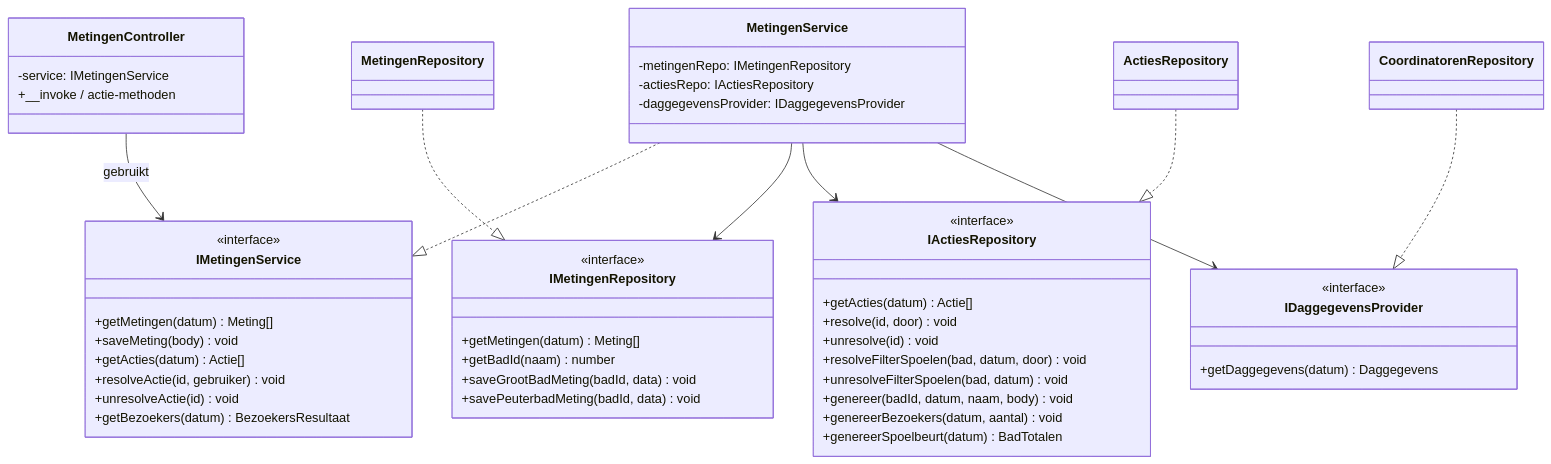
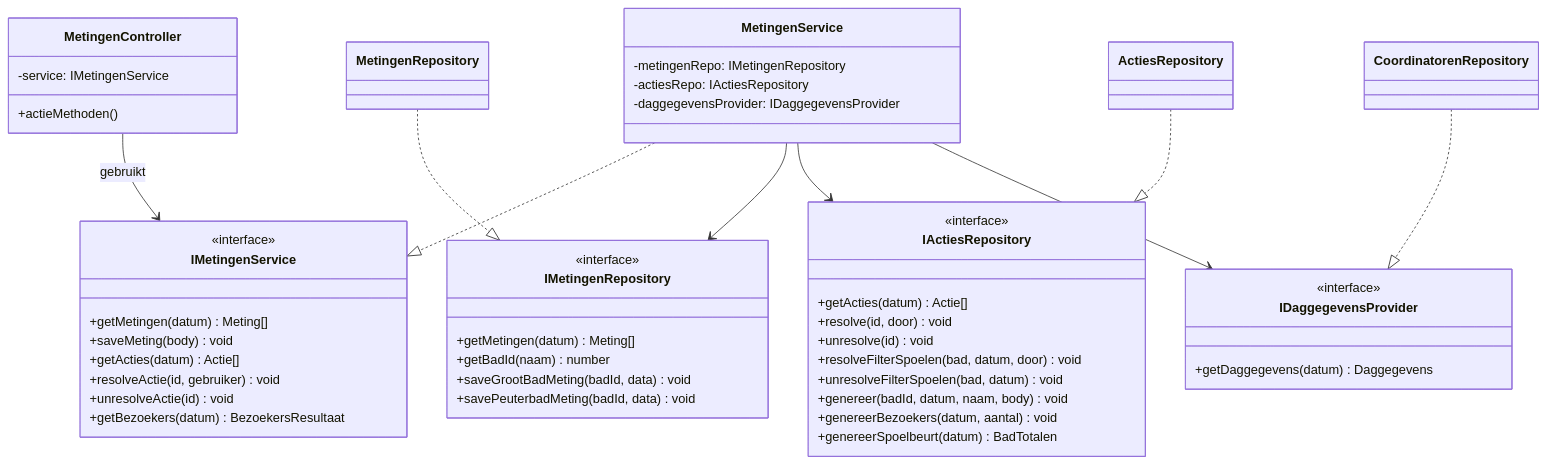
One commit to pjgheijmans/NewSiteWaterbeheerDeBercken changed the third of 5 diagrams in docs/architecture/backend.md. Above: the diagram before and after it, drawn with Mermaid.

Commit message:
docs: vereenvoudig classDiagram-member (mermaid-renderbaar)
`+__invoke / actie-methoden` als classDiagram-member kon mermaid laten
struikelen (vrije tekst met `/`). Vervangen door `+actieMethoden()`.

Geverifieerd: alle 26 mermaid-blokken in de docs parsen foutloos met mermaid
11.16 (de engine die GitHub gebruikt); GFM-render via de GitHub markdown-API
toont geldige tabellen/koppen en herkende mermaid-fences.

````diff
--- a/docs/architecture/backend.md
+++ b/docs/architecture/backend.md
@@ -60,58 +60,58 @@
 ```mermaid
 classDiagram
     class MetingenController {
         -service: IMetingenService
-        +__invoke / actie-methoden
+        +actieMethoden()
     }
 
     class IMetingenService {
         <<interface>>
         +getMetingen(datum) Meting[]
         +saveMeting(body) void
         +getActies(datum) Actie[]
         +resolveActie(id, gebruiker) void
         +unresolveActie(id) void
         +getBezoekers(datum) BezoekersResultaat
     }
     class MetingenService {
         -metingenRepo: IMetingenRepository
         -actiesRepo: IActiesRepository
         -daggegevensProvider: IDaggegevensProvider
     }
 
     class IMetingenRepository {
         <<interface>>
         +getMetingen(datum) Meting[]
         +getBadId(naam) number
         +saveGrootBadMeting(badId, data) void
         +savePeuterbadMeting(badId, data) void
     }
     class IActiesRepository {
         <<interface>>
         +getActies(datum) Actie[]
         +resolve(id, door) void
         +unresolve(id) void
         +resolveFilterSpoelen(bad, datum, door) void
         +unresolveFilterSpoelen(bad, datum) void
         +genereer(badId, datum, naam, body) void
         +genereerBezoekers(datum, aantal) void
         +genereerSpoelbeurt(datum) BadTotalen
     }
     class IDaggegevensProvider {
         <<interface>>
         +getDaggegevens(datum) Daggegevens
     }
 
     class MetingenRepository
     class ActiesRepository
     class CoordinatorenRepository
 
     MetingenController --> IMetingenService : gebruikt
     MetingenService ..|> IMetingenService
     MetingenService --> IMetingenRepository
     MetingenService --> IActiesRepository
     MetingenService --> IDaggegevensProvider
     MetingenRepository ..|> IMetingenRepository
     ActiesRepository ..|> IActiesRepository
     CoordinatorenRepository ..|> IDaggegevensProvider
 ```
````
